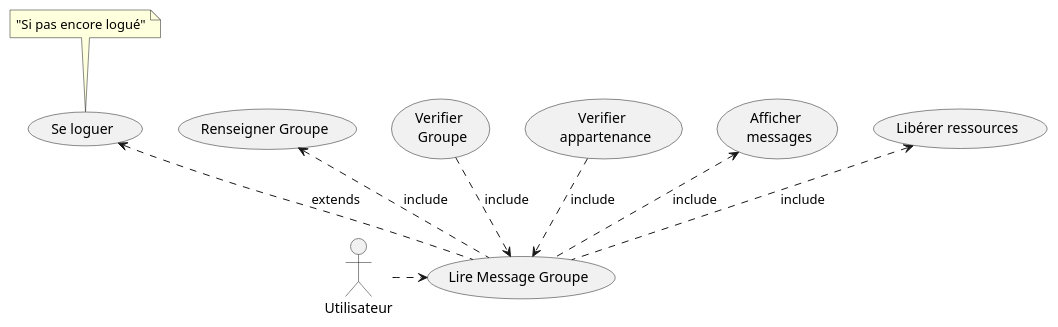
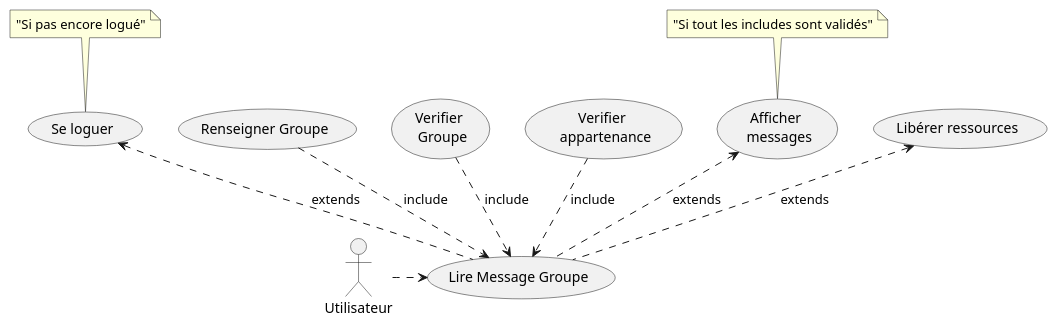
Before and after one commit to clementfvrl/projet_linux: the diagram in docs/use_cases/LireMessageGroupe.puml, drawn with PlantUML. The commit also changed 7 other files, not shown here.

```diff
--- a/docs/use_cases/LireMessageGroupe.puml
+++ b/docs/use_cases/LireMessageGroupe.puml
@@ -1,15 +1,16 @@
 @startuml
 
 actor Utilisateur as User
 
 (Se loguer) <.. (Lire Message Groupe) :  extends 
 
 note top of  (Se loguer) : "Si pas encore logué"
 
 (User) .> (Lire Message Groupe)
-(Renseigner Groupe) <.. (Lire Message Groupe) : include
+(Renseigner Groupe) ..> (Lire Message Groupe) : include
 (Verifier \n Groupe) ..> (Lire Message Groupe) : include
 (Verifier \n appartenance)..>(Lire Message Groupe) : include
-(Afficher \n messages) <.. (Lire Message Groupe) : include
-(Libérer ressources) <.. (Lire Message Groupe) : include
+(Afficher \n messages) <.. (Lire Message Groupe) : extends
+note top of  (Afficher \n messages) : "Si tout les includes sont validés"
+(Libérer ressources) <.. (Lire Message Groupe) : extends
 @enduml
```
